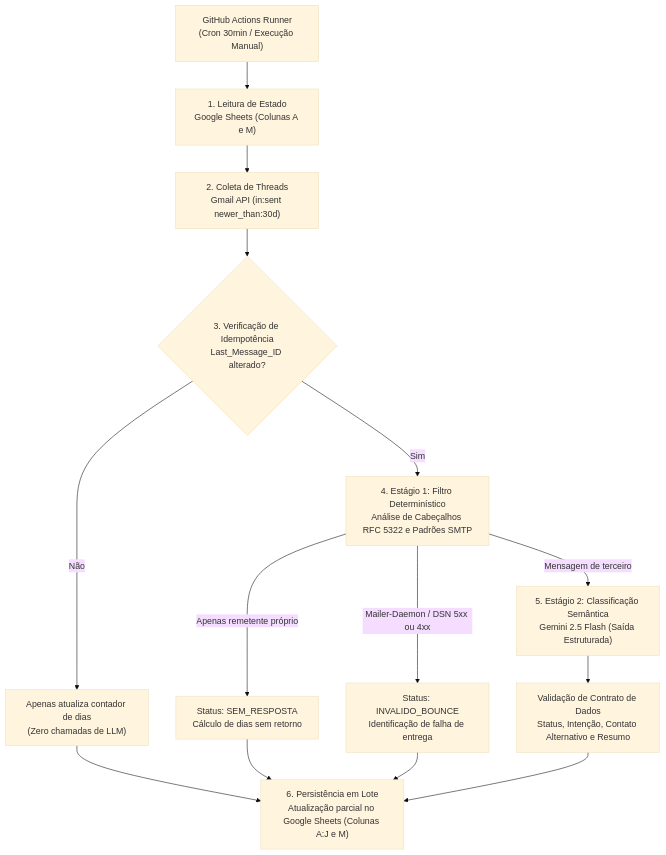
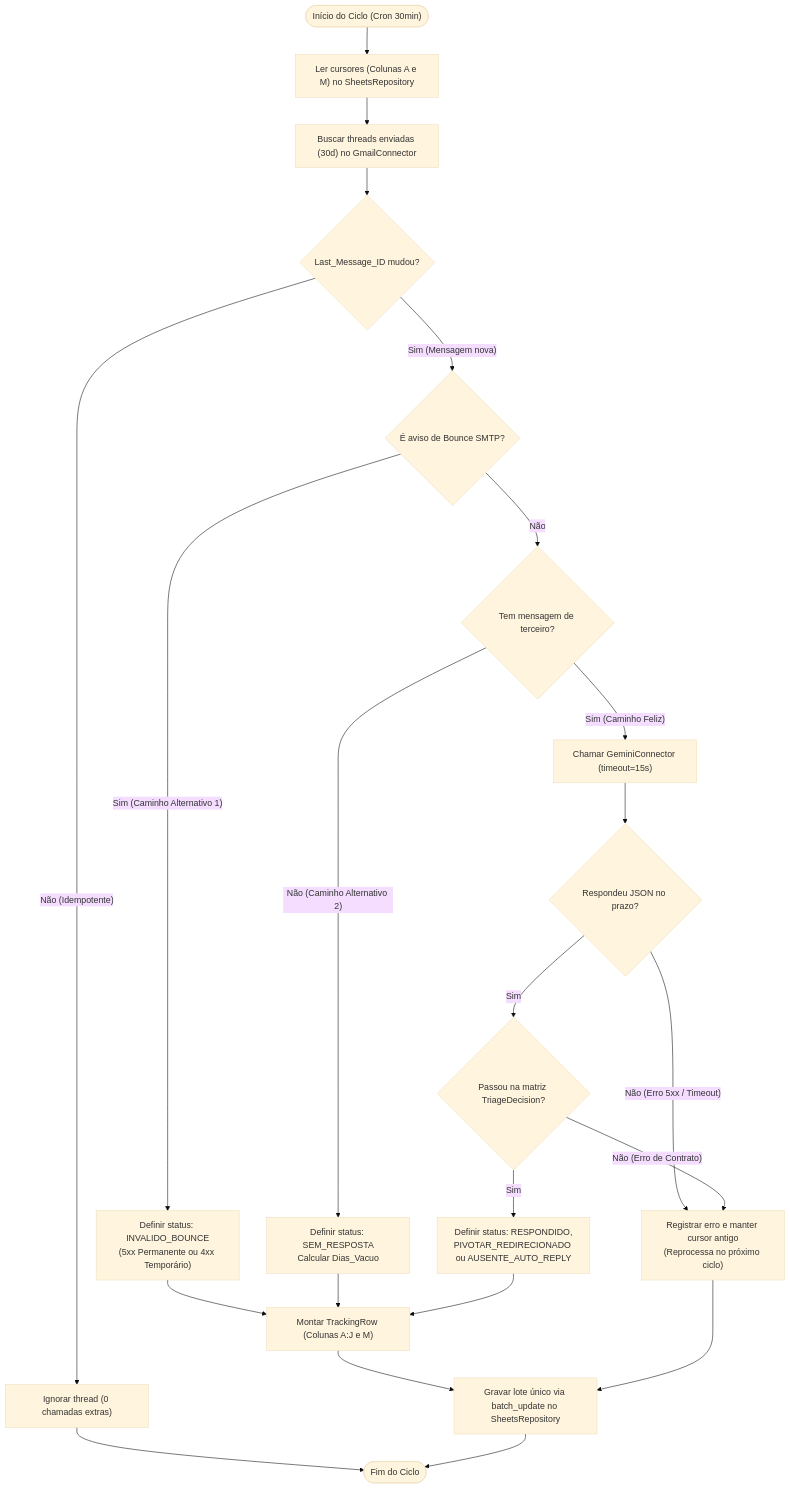
One commit to mantagute/Outbound-Email-Triage-Tracking-Engine changed the diagram in docs/ARCHITECTURE.md. Above: the diagram before and after it, drawn with Mermaid (base theme). The commit also changed other lines of this file and 9 other files, not shown here.

Commit message:
feat(connectors): implement GeminiConnector and align RFC-0001 with base-service standard

````diff
--- a/docs/ARCHITECTURE.md
+++ b/docs/ARCHITECTURE.md
@@ -44,20 +120,31 @@
 ```mermaid
 flowchart TD
-    GHA["GitHub Actions Runner\n(Cron 30min / Execução Manual)"] --> SHEET_STATE["1. Leitura de Estado\nGoogle Sheets (Colunas A e M)"]
-    SHEET_STATE --> GMAIL_FETCH["2. Coleta de Threads\nGmail API (in:sent newer_than:30d)"]
-    GMAIL_FETCH --> DIFF{"3. Verificação de Idempotência\nLast_Message_ID alterado?"}
-    
-    DIFF -- Não --> SKIP["Apenas atualiza contador de dias\n(Zero chamadas de LLM)"]
-    DIFF -- Sim --> STAGE1["4. Estágio 1: Filtro Determinístico\nAnálise de Cabeçalhos RFC 5322 e Padrões SMTP"]
-    
-    STAGE1 -- Apenas remetente próprio --> NO_REPLY["Status: SEM_RESPOSTA\nCálculo de dias sem retorno"]
-    STAGE1 -- Mailer-Daemon / DSN 5xx ou 4xx --> BOUNCE["Status: INVALIDO_BOUNCE\nIdentificação de falha de entrega"]
-    STAGE1 -- Mensagem de terceiro --> STAGE2["5. Estágio 2: Classificação Semântica\nGemini 2.5 Flash (Saída Estruturada)"]
-    
-    STAGE2 --> LLM_PARSE["Validação de Contrato de Dados\nStatus, Intenção, Contato Alternativo e Resumo"]
-    
-    SKIP --> BATCH_WRITE
-    NO_REPLY --> BATCH_WRITE["6. Persistência em Lote\nAtualização parcial no Google Sheets (Colunas A:J e M)"]
-    BOUNCE --> BATCH_WRITE
-    LLM_PARSE --> BATCH_WRITE
+    START(["Início do Ciclo (Cron 30min)"]) --> LOAD_CURSORS["Ler cursores (Colunas A e M) no SheetsRepository"]
+    LOAD_CURSORS --> FETCH_THREADS["Buscar threads enviadas (30d) no GmailConnector"]
+    FETCH_THREADS --> LOOP_CHECK{"Last_Message_ID mudou?"}
+
+    LOOP_CHECK -- "Não (Idempotente)" --> SKIP_THREAD["Ignorar thread (0 chamadas extras)"]
+    LOOP_CHECK -- "Sim (Mensagem nova)" --> INSPECT_BOUNCE{"É aviso de Bounce SMTP?"}
+
+    INSPECT_BOUNCE -- "Sim (Caminho Alternativo 1)" --> SET_BOUNCE["Definir status: INVALIDO_BOUNCE\n(5xx Permanente ou 4xx Temporário)"]
+    INSPECT_BOUNCE -- "Não" --> HAS_EXTERNAL{"Tem mensagem de terceiro?"}
+
+    HAS_EXTERNAL -- "Não (Caminho Alternativo 2)" --> SET_NOREPLY["Definir status: SEM_RESPOSTA\nCalcular Dias_Vacuo"]
+    HAS_EXTERNAL -- "Sim (Caminho Feliz)" --> CALL_GEMINI["Chamar GeminiConnector (timeout=15s)"]
+
+    CALL_GEMINI --> GEMINI_OK{"Respondeu JSON no prazo?"}
+    GEMINI_OK -- "Não (Erro 5xx / Timeout)" --> ERR_SKIP["Registrar erro e manter cursor antigo\n(Reprocessa no próximo ciclo)"]
+    GEMINI_OK -- "Sim" --> VALIDATE_CONTRACT{"Passou na matriz TriageDecision?"}
+
+    VALIDATE_CONTRACT -- "Não (Erro de Contrato)" --> ERR_SKIP
+    VALIDATE_CONTRACT -- "Sim" --> SET_SEMANTIC["Definir status: RESPONDIDO,\nPIVOTAR_REDIRECIONADO ou AUSENTE_AUTO_REPLY"]
+
+    SET_BOUNCE --> QUEUE_ROW["Montar TrackingRow (Colunas A:J e M)"]
+    SET_NOREPLY --> QUEUE_ROW
+    SET_SEMANTIC --> QUEUE_ROW
+
+    QUEUE_ROW --> BATCH_COMMIT["Gravar lote único via batch_update no SheetsRepository"]
+    SKIP_THREAD --> END_CYCLE(["Fim do Ciclo"])
+    ERR_SKIP --> BATCH_COMMIT
+    BATCH_COMMIT --> END_CYCLE
 ```
````
